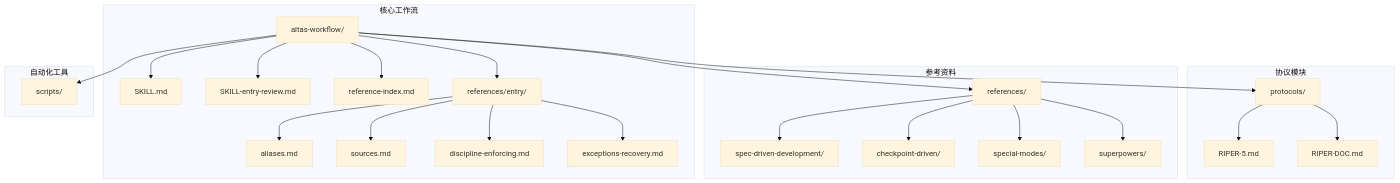
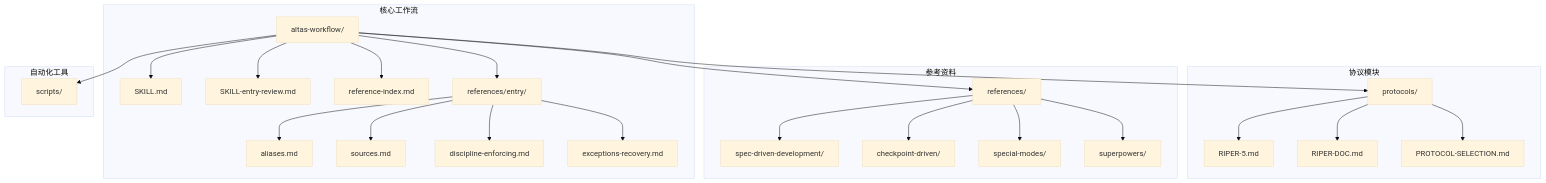
The first of 19 diagrams in .qoder/repowiki/zh/content/Altas Workflow Core/Altas Workflow Core.md (AngelWings1997/altas), drawn with Mermaid (base theme) before and after one commit. The commit also changed other lines of this file and 22 other files, not shown here.

````diff
--- a/.qoder/repowiki/zh/content/Altas Workflow Core/Altas Workflow Core.md
+++ b/.qoder/repowiki/zh/content/Altas Workflow Core/Altas Workflow Core.md
@@ -74,28 +78,29 @@
 ```mermaid
 graph TB
 subgraph "核心工作流"
 A[altas-workflow/] --> B[SKILL.md]
 A --> C[SKILL-entry-review.md]
 A --> D[reference-index.md]
 A --> E[references/entry/]
 E --> F[aliases.md]
 E --> G[sources.md]
 E --> H[discipline-enforcing.md]
 E --> I[exceptions-recovery.md]
 end
 subgraph "协议模块"
 A --> J[protocols/]
 J --> K[RIPER-5.md]
 J --> L[RIPER-DOC.md]
+J --> M[PROTOCOL-SELECTION.md]
 end
 subgraph "参考资料"
-A --> M[references/]
-M --> N[spec-driven-development/]
-M --> O[checkpoint-driven/]
-M --> P[special-modes/]
-M --> Q[superpowers/]
+A --> N[references/]
+N --> O[spec-driven-development/]
+N --> P[checkpoint-driven/]
+N --> Q[special-modes/]
+N --> R[superpowers/]
 end
 subgraph "自动化工具"
-A --> R[scripts/]
+A --> S[scripts/]
 end
 ```
````
